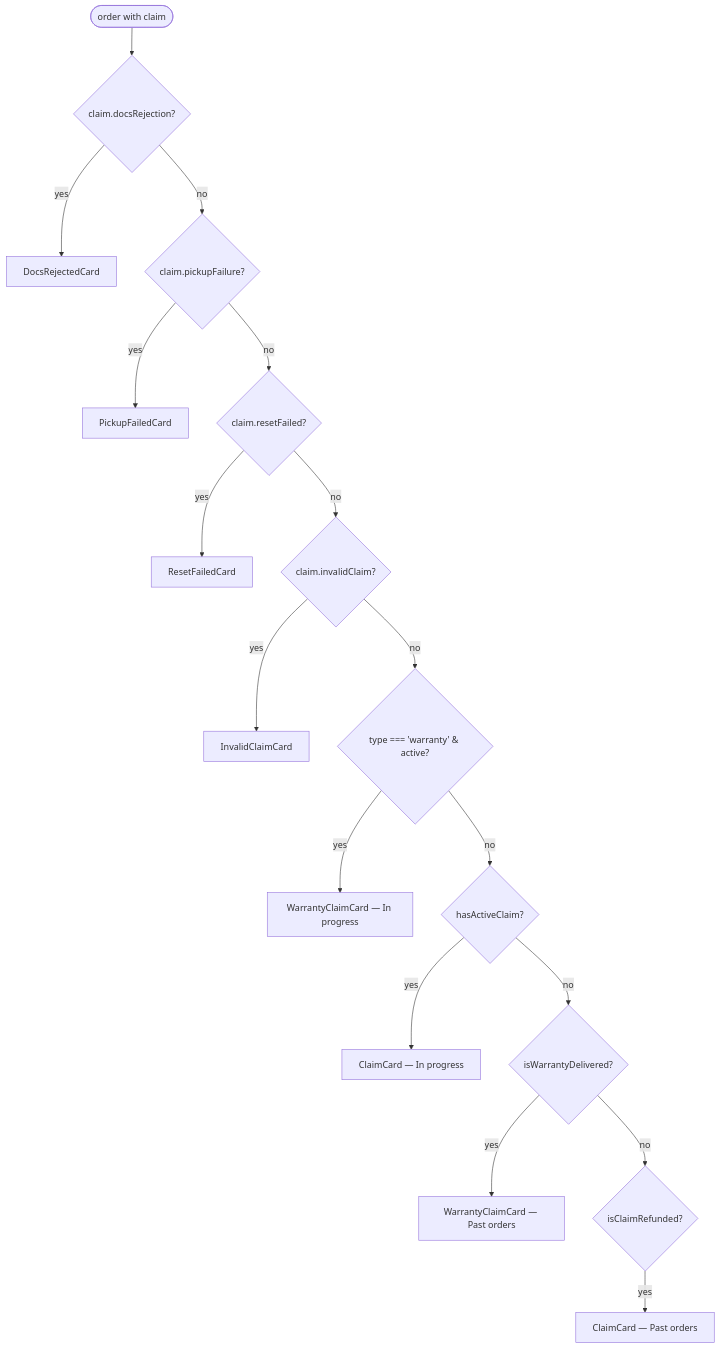
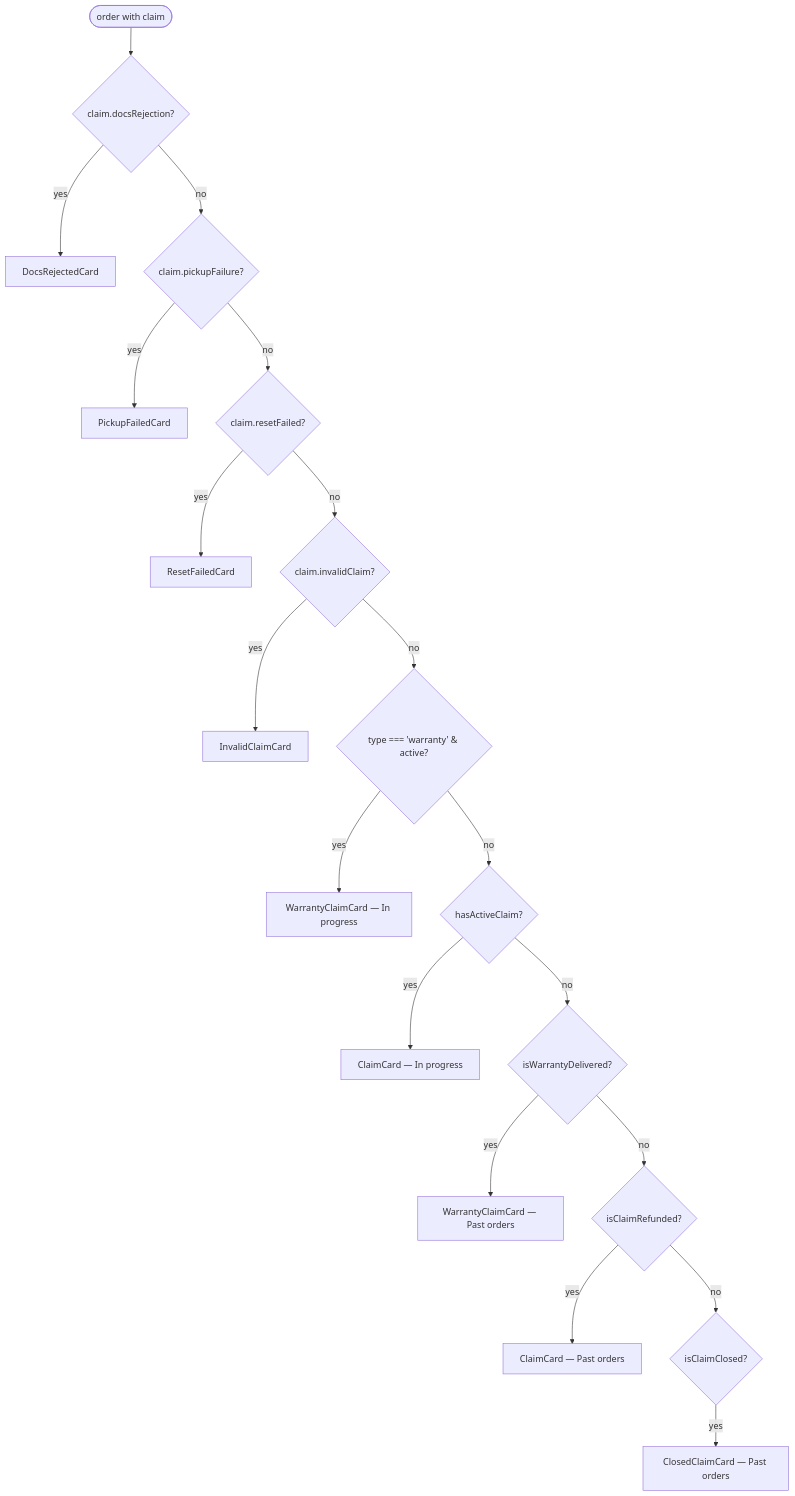
Before and after one commit to andrea-revibe/my-account-redesign-v2: the second of 6 diagrams in docs/output/returns/claim_tracking.md, drawn with Mermaid. The commit also changed other lines of this file and 9 other files, not shown here.

````diff
--- a/docs/output/returns/claim_tracking.md
+++ b/docs/output/returns/claim_tracking.md
@@ -43,19 +44,21 @@
 ```mermaid
 flowchart TD
   start([order with claim]) --> q1{claim.docsRejection?}
   q1 -->|yes| docs[DocsRejectedCard]
   q1 -->|no| q2{claim.pickupFailure?}
   q2 -->|yes| pickup[PickupFailedCard]
   q2 -->|no| q3{claim.resetFailed?}
   q3 -->|yes| reset[ResetFailedCard]
   q3 -->|no| q4{claim.invalidClaim?}
   q4 -->|yes| invalid[InvalidClaimCard]
   q4 -->|no| q5{type === 'warranty' &amp; active?}
   q5 -->|yes| warranty[WarrantyClaimCard — In progress]
   q5 -->|no| q6{hasActiveClaim?}
   q6 -->|yes| baseline[ClaimCard — In progress]
   q6 -->|no| q7{isWarrantyDelivered?}
   q7 -->|yes| warrantyPast[WarrantyClaimCard — Past orders]
   q7 -->|no| q8{isClaimRefunded?}
   q8 -->|yes| past[ClaimCard — Past orders]
+  q8 -->|no| q9{isClaimClosed?}
+  q9 -->|yes| closed[ClosedClaimCard — Past orders]
 ```
````
